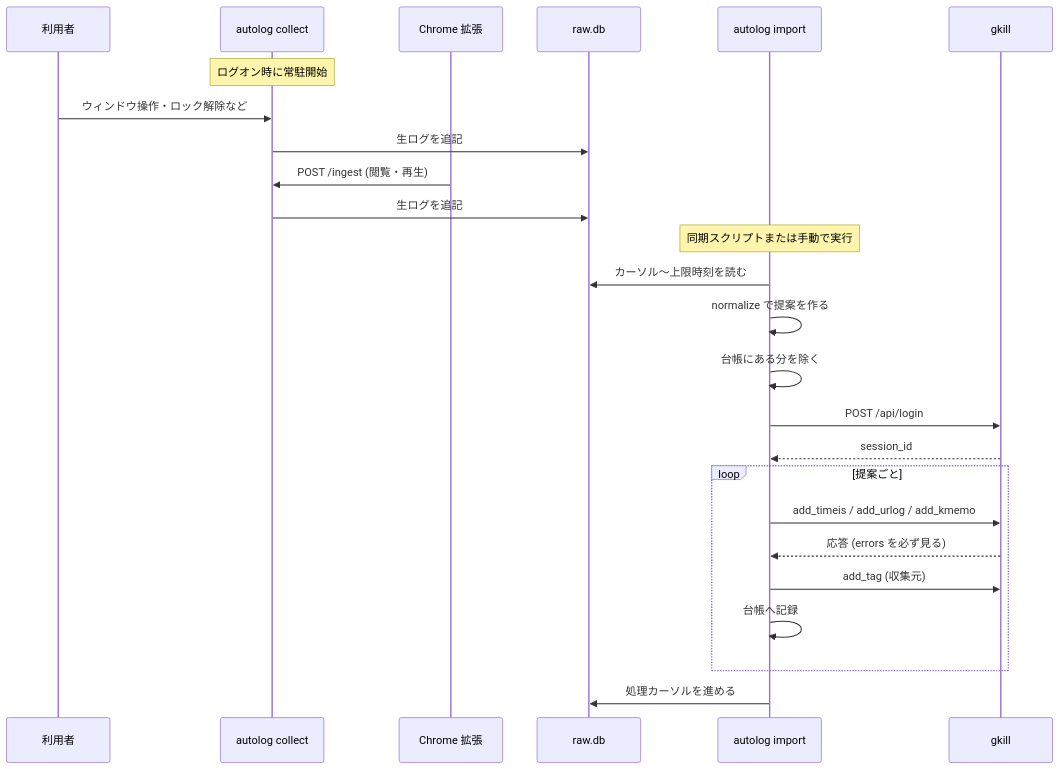
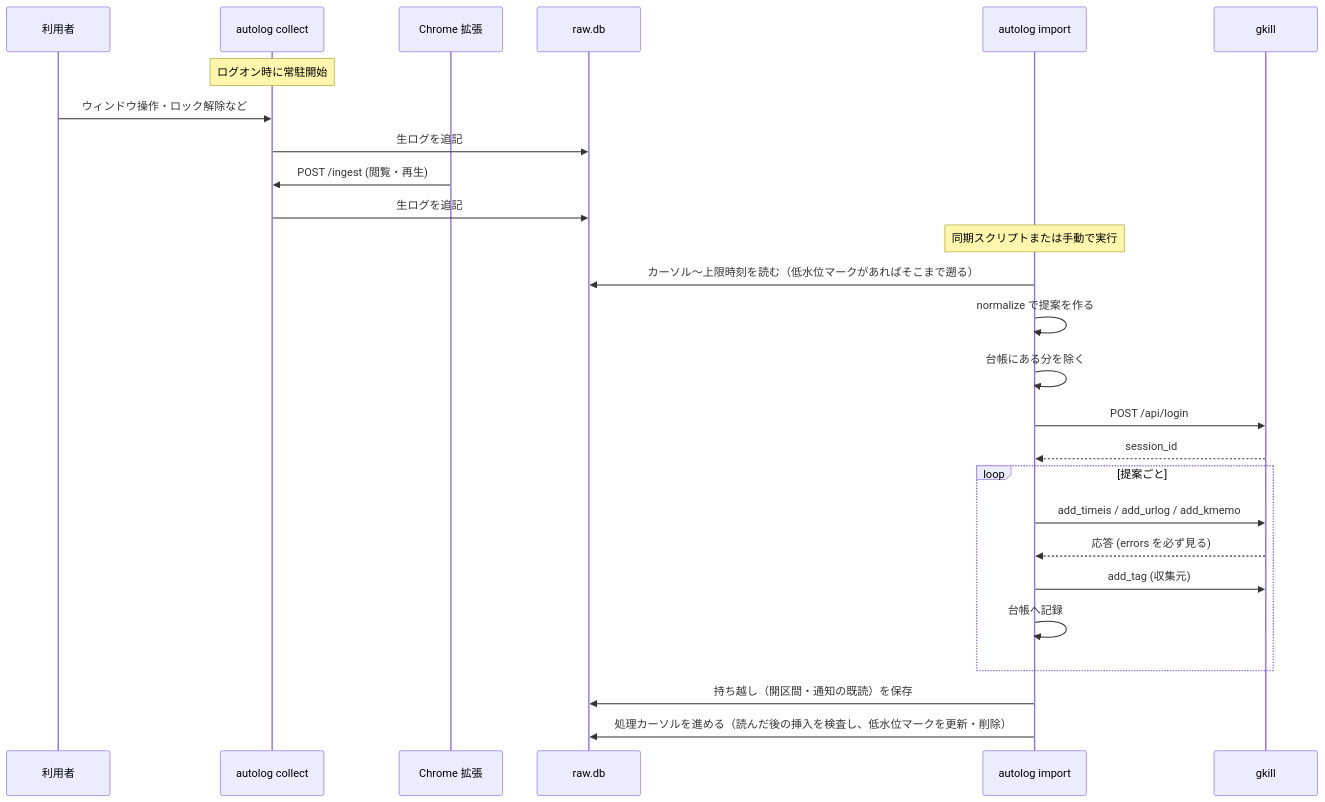
The first of 6 diagrams in documents/reverse/sequence-diagrams.md (mt3hr/gkill_autolog), drawn with Mermaid before and after one commit. The commit also changed other lines of this file and 12 other files, not shown here.

````diff
--- a/documents/reverse/sequence-diagrams.md
+++ b/documents/reverse/sequence-diagrams.md
@@ -7,29 +7,30 @@
 ```mermaid
 sequenceDiagram
     participant U as 利用者
     participant C as autolog collect
     participant E as Chrome 拡張
     participant R as raw.db
     participant I as autolog import
     participant G as gkill
 
     Note over C: ログオン時に常駐開始
     U->>C: ウィンドウ操作・ロック解除など
     C->>R: 生ログを追記
     E->>C: POST /ingest (閲覧・再生)
     C->>R: 生ログを追記
 
     Note over I: 同期スクリプトまたは手動で実行
-    I->>R: カーソル〜上限時刻を読む
+    I->>R: カーソル〜上限時刻を読む（低水位マークがあればそこまで遡る）
     I->>I: normalize で提案を作る
     I->>I: 台帳にある分を除く
     I->>G: POST /api/login
     G-->>I: session_id
     loop 提案ごと
         I->>G: add_timeis / add_urlog / add_kmemo
         G-->>I: 応答 (errors を必ず見る)
         I->>G: add_tag (収集元)
         I->>I: 台帳へ記録
     end
-    I->>R: 処理カーソルを進める
+    I->>R: 持ち越し（開区間・通知の既読）を保存
+    I->>R: 処理カーソルを進める（読んだ後の挿入を検査し、低水位マークを更新・削除）
 ```
````
